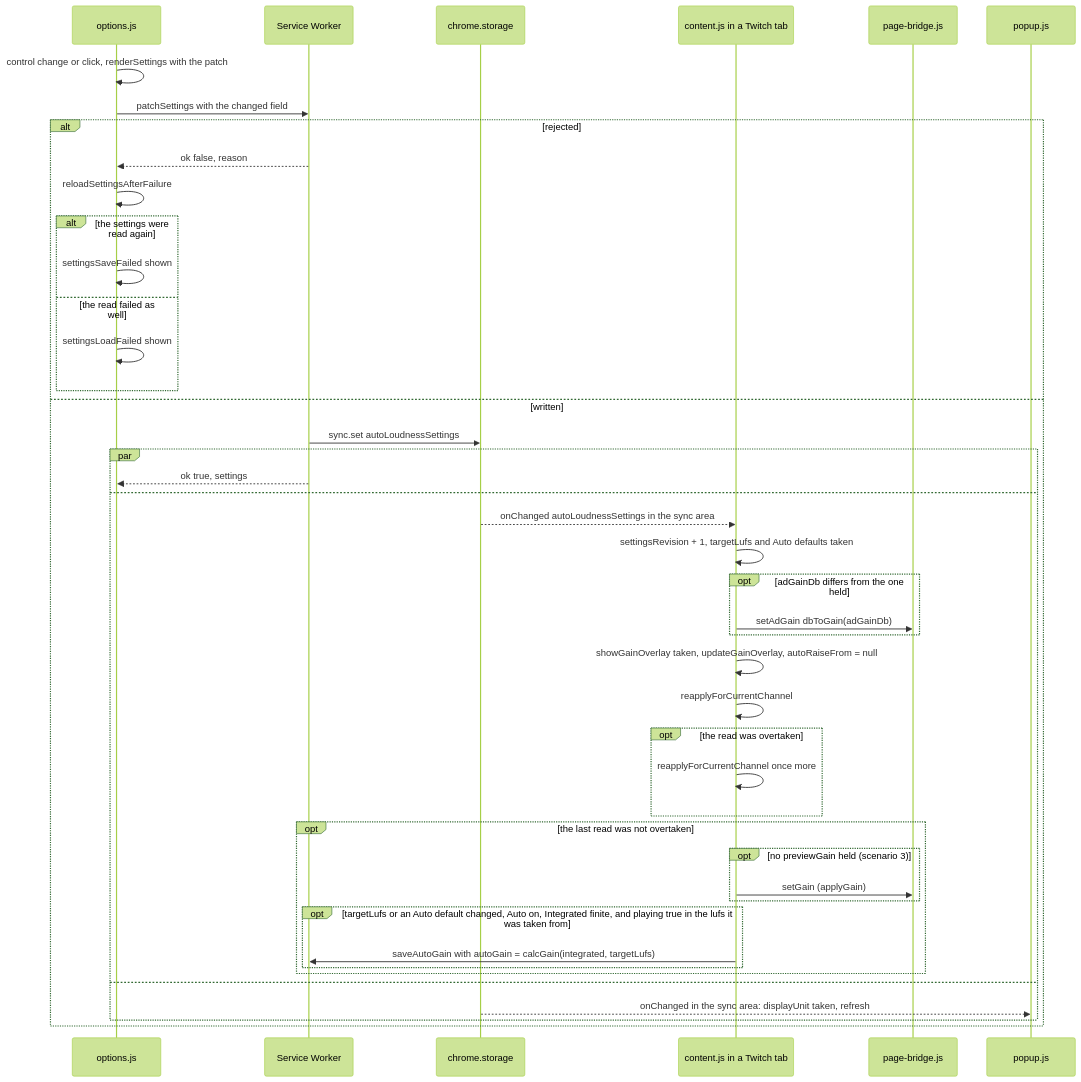
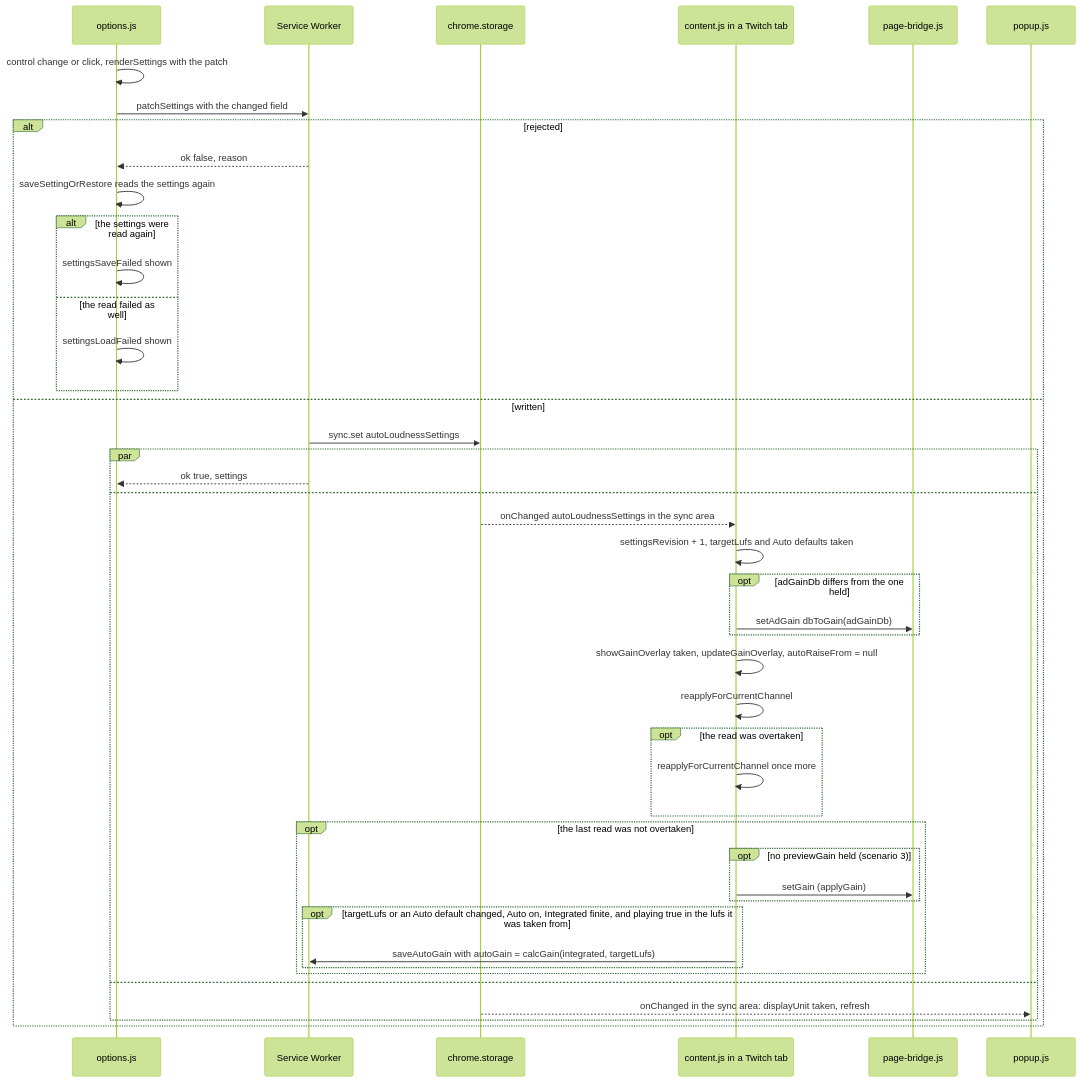
Before and after one commit to semnil/twitch-channel-volume: diagram 13 of 17 in docs/gain-change-and-save.md, drawn with Mermaid (forest theme). The commit also changed other lines of this file and 7 other files, not shown here.

Commit message:
refactor: save the settings page's controls through core/common.js's saveSettingOrRestore, through channel-volume-core's 40596e1

````diff
--- a/docs/gain-change-and-save.md
+++ b/docs/gain-change-and-save.md
@@ -582,46 +582,46 @@
 ```mermaid
 sequenceDiagram
   participant options as options.js
   participant sw as Service Worker
   participant storage as chrome.storage
   participant content as content.js in a Twitch tab
   participant bridge as page-bridge.js
   participant popup as popup.js
   options->>options: control change or click, renderSettings with the patch
   options->>sw: patchSettings with the changed field
   alt rejected
     sw-->>options: ok false, reason
-    options->>options: reloadSettingsAfterFailure
+    options->>options: saveSettingOrRestore reads the settings again
     alt the settings were read again
       options->>options: settingsSaveFailed shown
     else the read failed as well
       options->>options: settingsLoadFailed shown
     end
   else written
     sw->>storage: sync.set autoLoudnessSettings
     par
       sw-->>options: ok true, settings
     and
       storage-->>content: onChanged autoLoudnessSettings in the sync area
       content->>content: settingsRevision + 1, targetLufs and Auto defaults taken
       opt adGainDb differs from the one held
         content->>bridge: setAdGain dbToGain(adGainDb)
       end
       content->>content: showGainOverlay taken, updateGainOverlay, autoRaiseFrom = null
       content->>content: reapplyForCurrentChannel
       opt the read was overtaken
         content->>content: reapplyForCurrentChannel once more
       end
       opt the last read was not overtaken
         opt no previewGain held (scenario 3)
           content->>bridge: setGain (applyGain)
         end
         opt targetLufs or an Auto default changed, Auto on, Integrated finite, and playing true in the lufs it was taken from
           content->>sw: saveAutoGain with autoGain = calcGain(integrated, targetLufs)
         end
       end
     and
       storage-->>popup: onChanged in the sync area: displayUnit taken, refresh
     end
   end
 ```
````
